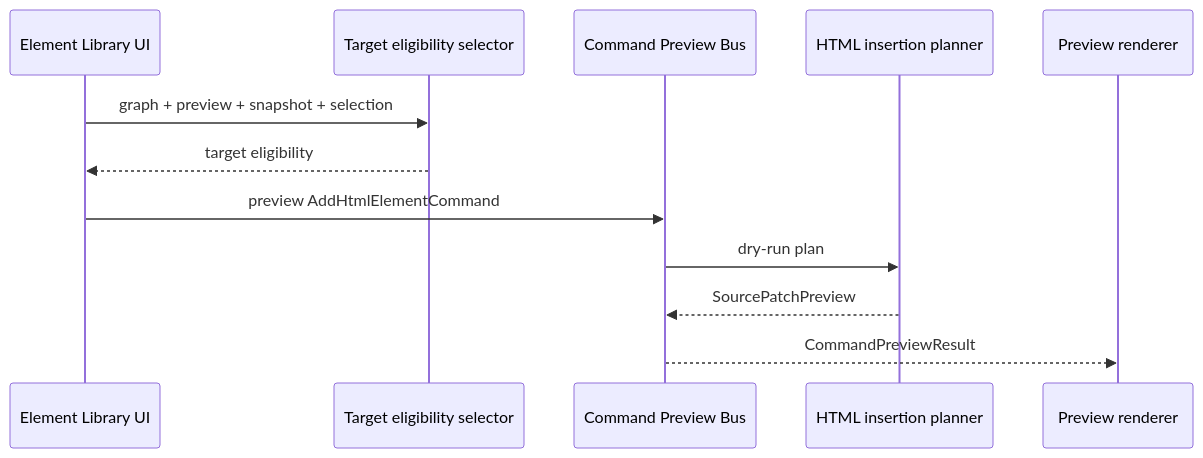
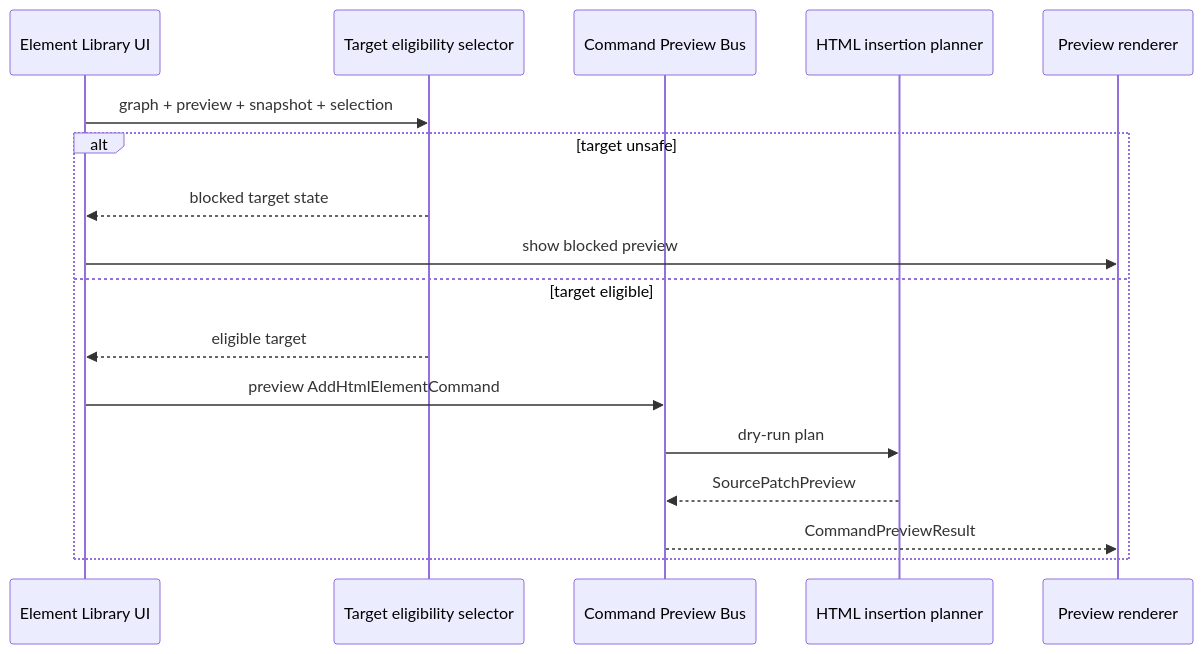
One commit to krestosa/Crystal changed the diagram in docs/architecture/flows/element-library-preview-flow.md. Above: the diagram before and after it, drawn with Mermaid. The commit also changed other lines of this file and 21 other files, not shown here.

Commit message:
Add richer architecture diagrams and state flows

````diff
--- a/docs/architecture/flows/element-library-preview-flow.md
+++ b/docs/architecture/flows/element-library-preview-flow.md
@@ -15,15 +67,20 @@
 ```mermaid
 sequenceDiagram
   participant UI as Element Library UI
   participant Eligibility as Target eligibility selector
   participant Bus as Command Preview Bus
   participant Planner as HTML insertion planner
   participant Renderer as Preview renderer
 
   UI->>Eligibility: graph + preview + snapshot + selection
-  Eligibility-->>UI: target eligibility
-  UI->>Bus: preview AddHtmlElementCommand
-  Bus->>Planner: dry-run plan
-  Planner-->>Bus: SourcePatchPreview
-  Bus-->>Renderer: CommandPreviewResult
+  alt target unsafe
+    Eligibility-->>UI: blocked target state
+    UI->>Renderer: show blocked preview
+  else target eligible
+    Eligibility-->>UI: eligible target
+    UI->>Bus: preview AddHtmlElementCommand
+    Bus->>Planner: dry-run plan
+    Planner-->>Bus: SourcePatchPreview
+    Bus-->>Renderer: CommandPreviewResult
+  end
 ```
````
